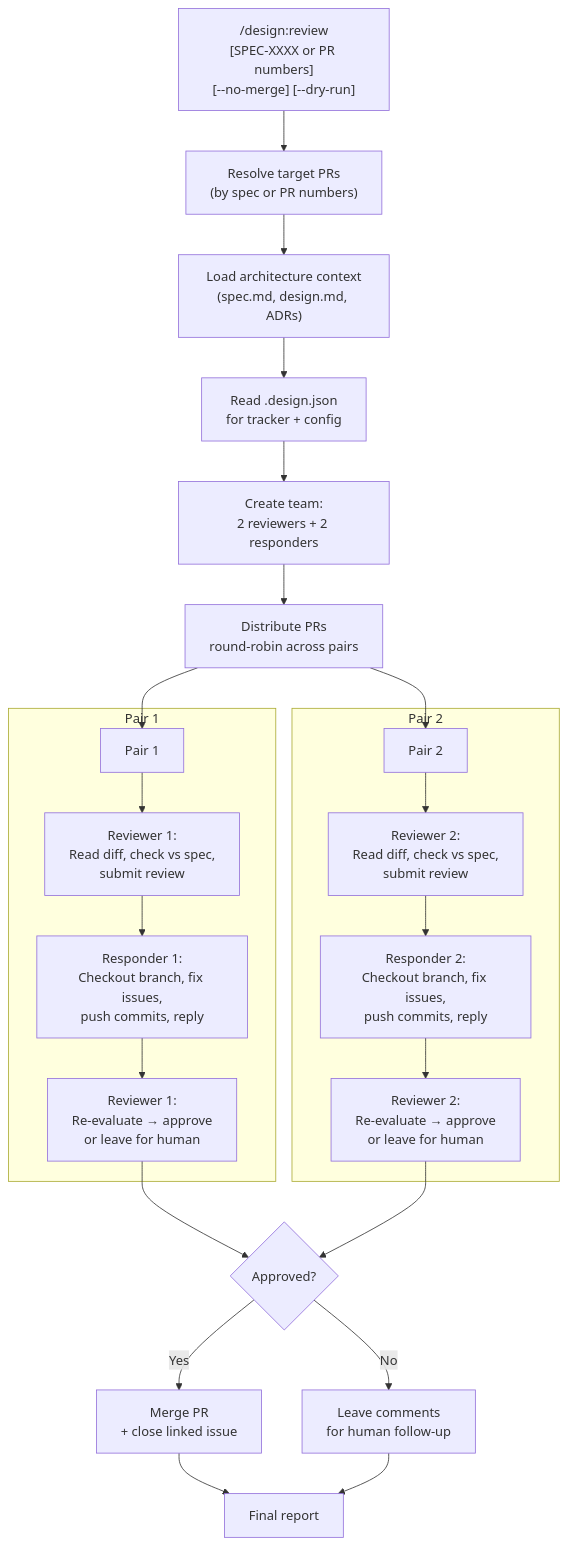
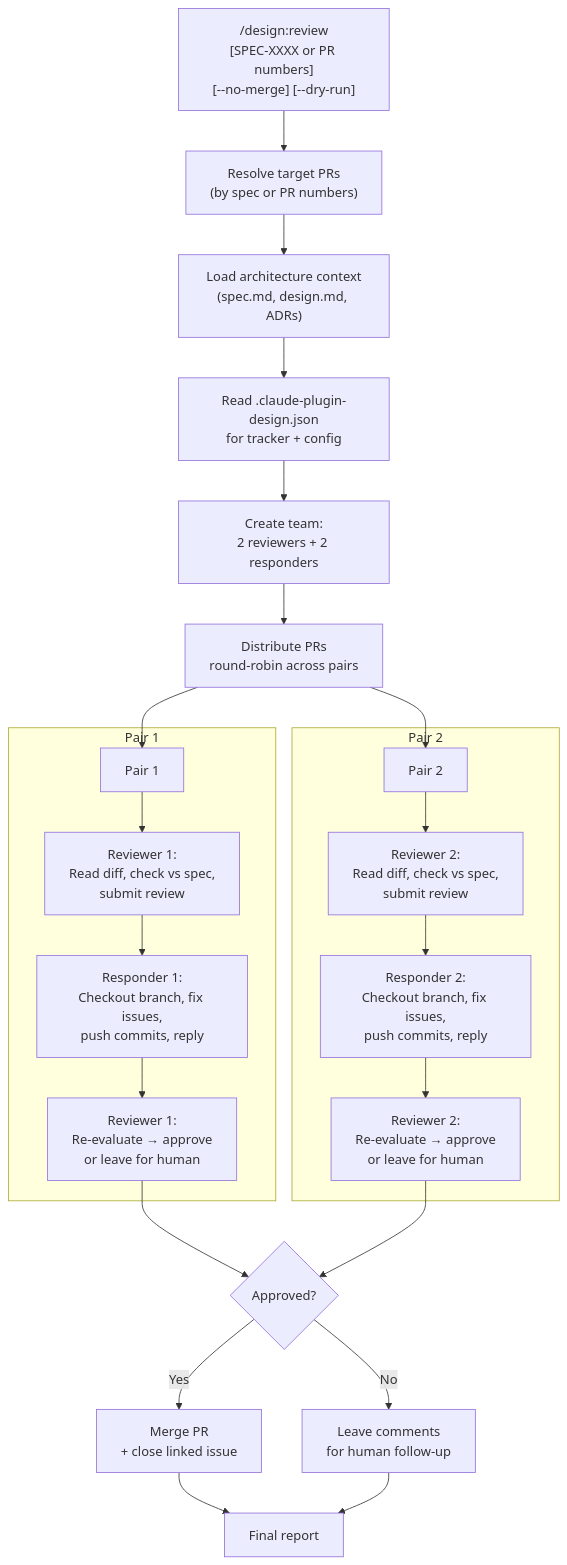
One commit to joestump/claude-plugin-design changed the first of 2 diagrams in docs/adrs/ADR-0010-parallel-pr-review-and-response-skill.md. Above: the diagram before and after it, drawn with Mermaid. The commit also changed other lines of this file and 24 other files, not shown here.

First line of the commit message:
Rename .design.json to .claude-plugin-design.json, add Configuration docs

````diff
--- a/docs/adrs/ADR-0010-parallel-pr-review-and-response-skill.md
+++ b/docs/adrs/ADR-0010-parallel-pr-review-and-response-skill.md
@@ -105,35 +105,35 @@
 ```mermaid
 flowchart TD
     A["/design:review\n[SPEC-XXXX or PR numbers]\n[--no-merge] [--dry-run]"] --> B["Resolve target PRs\n(by spec or PR numbers)"]
 
     B --> C["Load architecture context\n(spec.md, design.md, ADRs)"]
-    C --> D["Read .design.json\nfor tracker + config"]
+    C --> D["Read .claude-plugin-design.json\nfor tracker + config"]
 
     D --> E["Create team:\n2 reviewers + 2 responders"]
 
     E --> F["Distribute PRs\nround-robin across pairs"]
 
     F --> G["Pair 1"]
     F --> H["Pair 2"]
 
     subgraph "Pair 1"
         G --> G1["Reviewer 1:\nRead diff, check vs spec,\nsubmit review"]
         G1 --> G2["Responder 1:\nCheckout branch, fix issues,\npush commits, reply"]
         G2 --> G3["Reviewer 1:\nRe-evaluate → approve\nor leave for human"]
     end
 
     subgraph "Pair 2"
         H --> H1["Reviewer 2:\nRead diff, check vs spec,\nsubmit review"]
         H1 --> H2["Responder 2:\nCheckout branch, fix issues,\npush commits, reply"]
         H2 --> H3["Reviewer 2:\nRe-evaluate → approve\nor leave for human"]
     end
 
     G3 --> I{"Approved?"}
     H3 --> I
 
     I -->|"Yes"| J["Merge PR\n+ close linked issue"]
     I -->|"No"| K["Leave comments\nfor human follow-up"]
 
     J --> L["Final report"]
     K --> L
 ```
````
